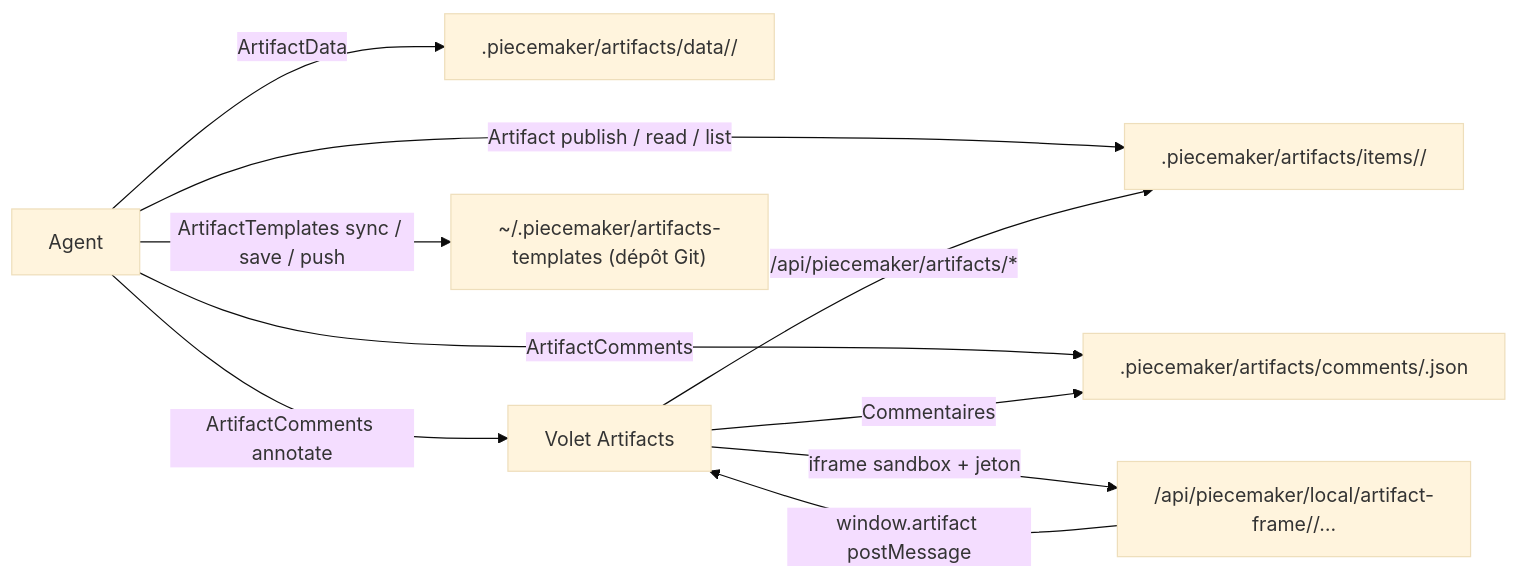
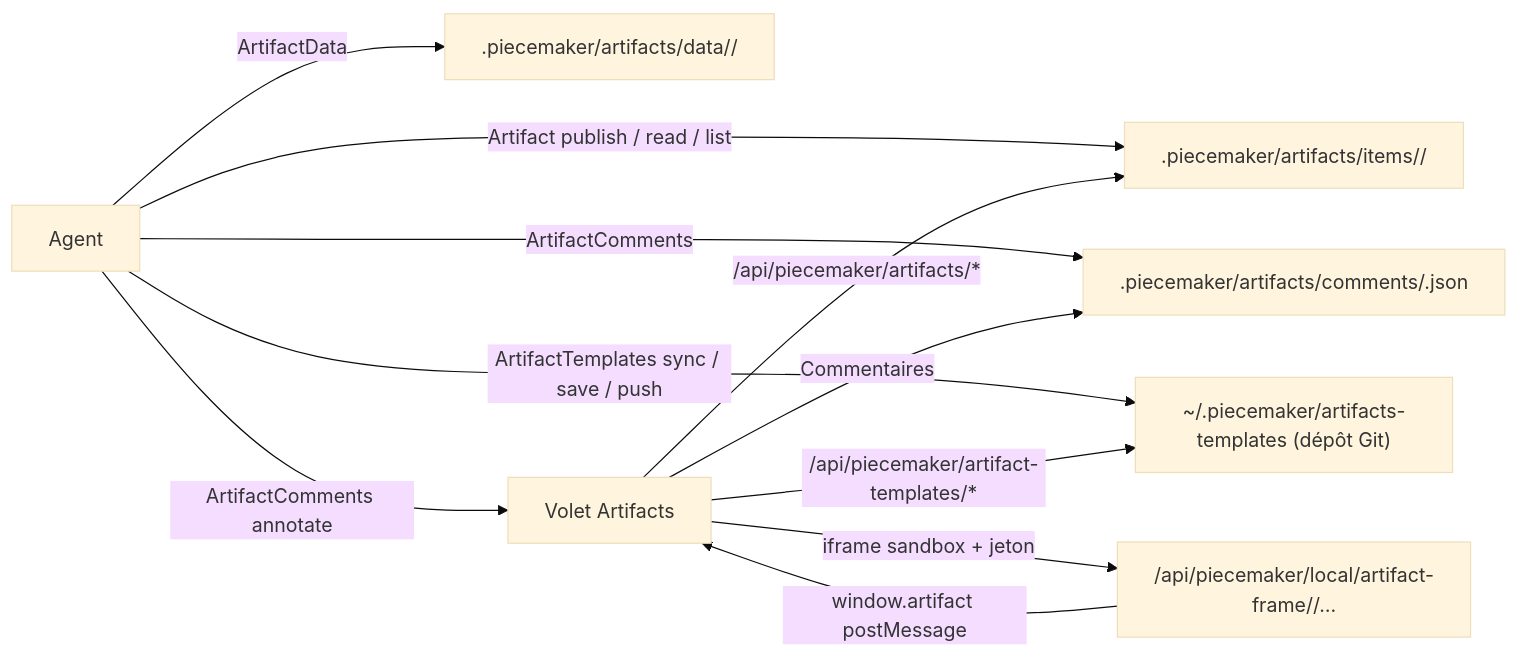
Before and after one commit to PieceMaker-Legal/piecemaker-droit-francais: the diagram in docs/artifacts.md, drawn with Mermaid (base theme). The commit also changed other lines of this file and 5 other files, not shown here.

````diff
--- a/docs/artifacts.md
+++ b/docs/artifacts.md
@@ -5,12 +5,13 @@
 ```mermaid
 flowchart LR
   A[Agent] -->|Artifact publish / read / list| S[".piecemaker/artifacts/items/<id>/"]
   A -->|ArtifactData| D[".piecemaker/artifacts/data/<id>/"]
   A -->|ArtifactComments| C[".piecemaker/artifacts/comments/<id>.json"]
   A -->|ArtifactComments annotate| O[Volet Artifacts]
   O -->|Commentaires| C
   A -->|ArtifactTemplates sync / save / push| T["~/.piecemaker/artifacts-templates (dépôt Git)"]
   O -->|/api/piecemaker/artifacts/*| S
+  O -->|/api/piecemaker/artifact-templates/*| T
   O -->|iframe sandbox + jeton| F["/api/piecemaker/local/artifact-frame/<jeton>/…"]
   F -->|window.artifact postMessage| O
 ```
````
